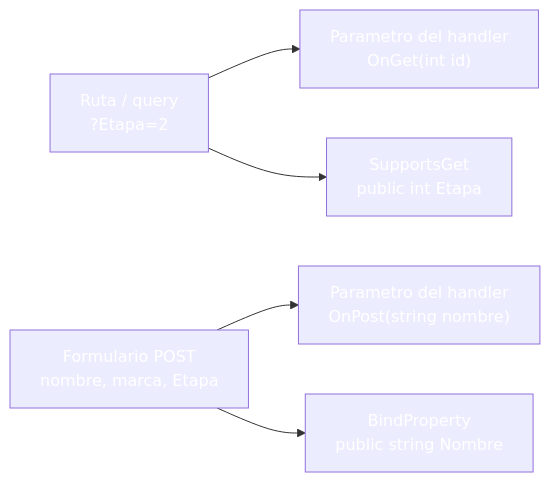
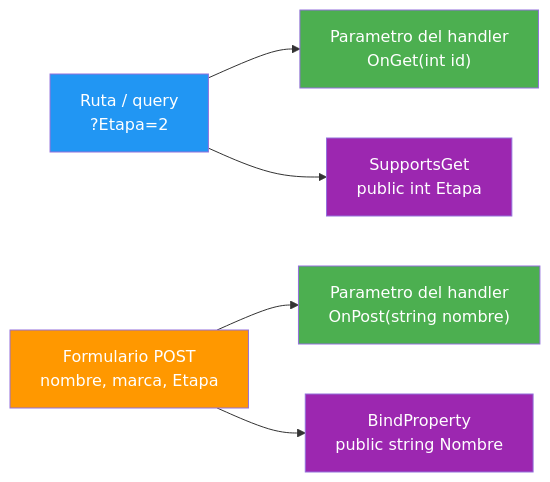
Before and after one commit to joseluisgs/DesarrolloWebEntornosServidor-03-2026-2027: the second of 4 diagrams in 11-razorpages-pagemodel-handlers.md, drawn with Mermaid. The commit also changed other lines of this file and 25 other files, not shown here.

Commit message:
docs: corregir los estilos Mermaid de los temas y alinear el dominio del tema 25 con ProductosApp

````diff
--- a/11-razorpages-pagemodel-handlers.md
+++ b/11-razorpages-pagemodel-handlers.md
@@ -169,13 +169,13 @@
 ```mermaid
 graph LR
     R["Ruta / query<br/>?Etapa=2"] --> P["Parametro del handler<br/>OnGet(int id)"]
     R --> S["SupportsGet<br/>public int Etapa"]
     F["Formulario POST<br/>nombre, marca, Etapa"] --> Q["Parametro del handler<br/>OnPost(string nombre)"]
     F --> B["BindProperty<br/>public string Nombre"]
-    style R fill:#2196F,color:#fff3,color:#fff
-    style F fill:#FF980,color:#fff0,color:#fff
-    style P fill:#4CAF5,color:#fff0,color:#fff
-    style S fill:#9C27B,color:#fff0,color:#fff
-    style Q fill:#4CAF5,color:#fff0,color:#fff
-    style B fill:#9C27B,color:#fff0,color:#fff
+    style R fill:#2196F3,color:#fff
+    style F fill:#FF9800,color:#fff
+    style P fill:#4CAF50,color:#fff
+    style S fill:#9C27B0,color:#fff
+    style Q fill:#4CAF50,color:#fff
+    style B fill:#9C27B0,color:#fff
 ```
````
